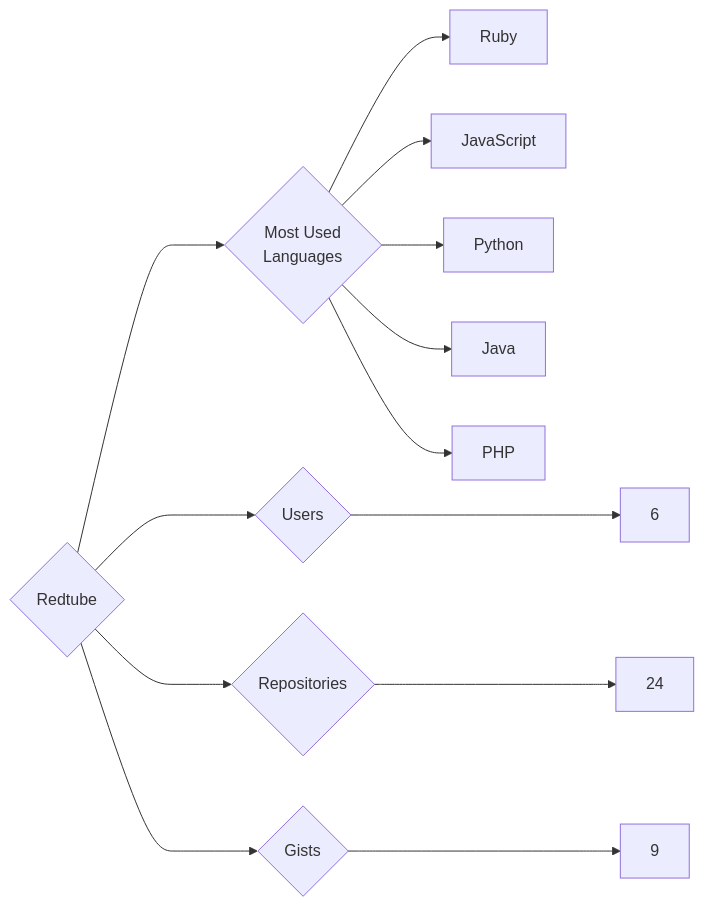
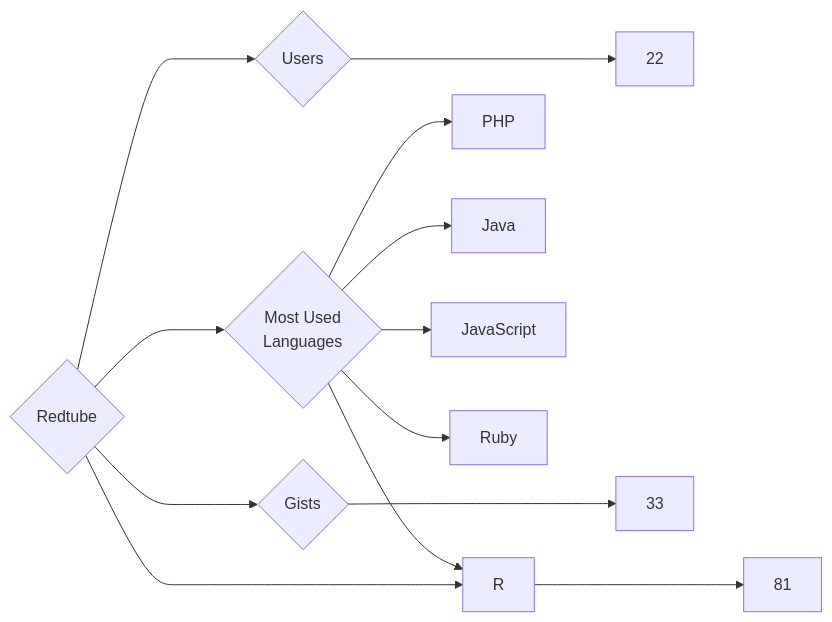
Before and after one commit to trickest/insiders: the diagram in targets/Redtube/README.md, drawn with Mermaid. The commit also changed 928 other files, not shown here.

````diff
--- a/targets/Redtube/README.md
+++ b/targets/Redtube/README.md
@@ -3,13 +3,13 @@
 ```mermaid
 graph LR
 COMPANY_NAME{Redtube}
-COMPANY_NAME ---> U{Users} ---> UN[6]
-COMPANY_NAME ---> R{Repositories} ---> RN[24]
-COMPANY_NAME ---> G{Gists} ---> GN[9]
+COMPANY_NAME ---> U{Users} ---> UN[22]
+COMPANY_NAME ---> R{Repositories} ---> RN[81]
+COMPANY_NAME ---> G{Gists} ---> GN[33]
 COMPANY_NAME ---> ML{Most Used<br>Languages}
+ML --> PHP[PHP]
+ML --> Java[Java]
+ML --> JavaScript[JavaScript]
 ML --> Ruby[Ruby]
-ML --> JavaScript[JavaScript]
-ML --> Python[Python]
-ML --> Java[Java]
-ML --> PHP[PHP]
+ML --> R[R]
 ```
````
